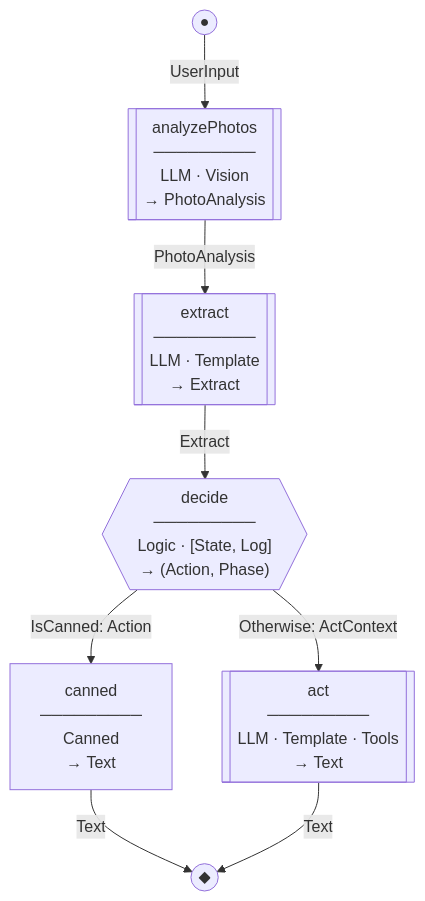
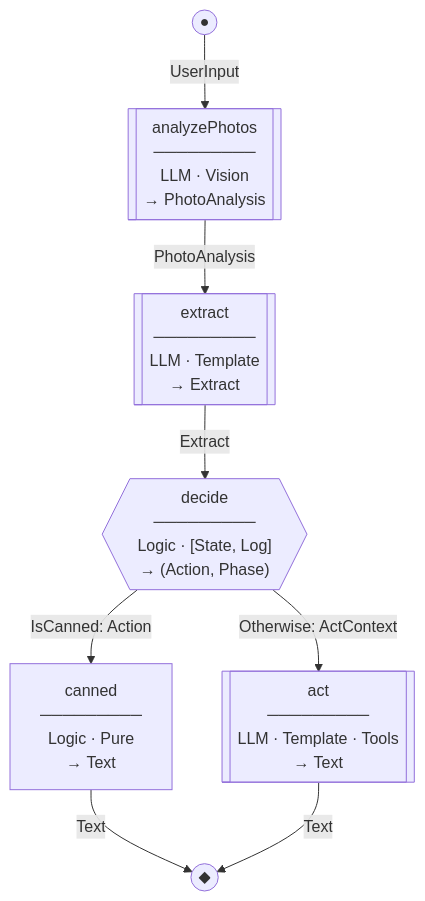
Before and after one commit to tidepool-heavy-industries/exomonad: the first of 2 diagrams in docs/type_dsl.md, drawn with Mermaid. The commit also changed other lines of this file and 4 other files, not shown here.

````diff
--- a/docs/type_dsl.md
+++ b/docs/type_dsl.md
@@ -204,24 +206,24 @@
 ```mermaid
 flowchart TD
     entry((●))
 
     analyzePhotos[["analyzePhotos<br/>─────────<br/>LLM · Vision<br/>→ PhotoAnalysis"]]
 
     extract[["extract<br/>─────────<br/>LLM · Template<br/>→ Extract"]]
 
     decide{{"decide<br/>─────────<br/>Logic · [State, Log]<br/>→ (Action, Phase)"}}
 
-    canned["canned<br/>─────────<br/>Canned<br/>→ Text"]
+    canned["canned<br/>─────────<br/>Logic · Pure<br/>→ Text"]
 
     act[["act<br/>─────────<br/>LLM · Template · Tools<br/>→ Text"]]
 
     exit((◆))
 
     entry -->|UserInput| analyzePhotos
     analyzePhotos -->|PhotoAnalysis| extract
     extract -->|Extract| decide
     decide -->|"IsCanned: Action"| canned
     decide -->|"Otherwise: ActContext"| act
     canned -->|Text| exit
     act -->|Text| exit
 ```
````
